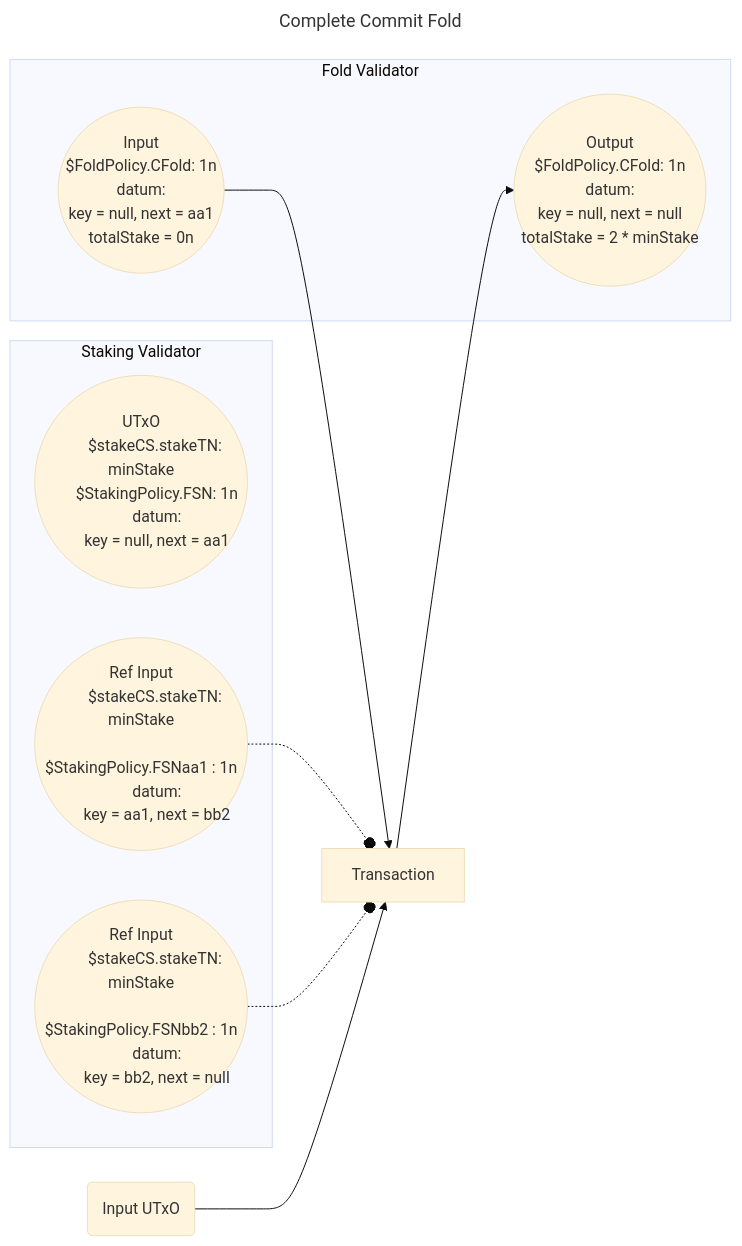
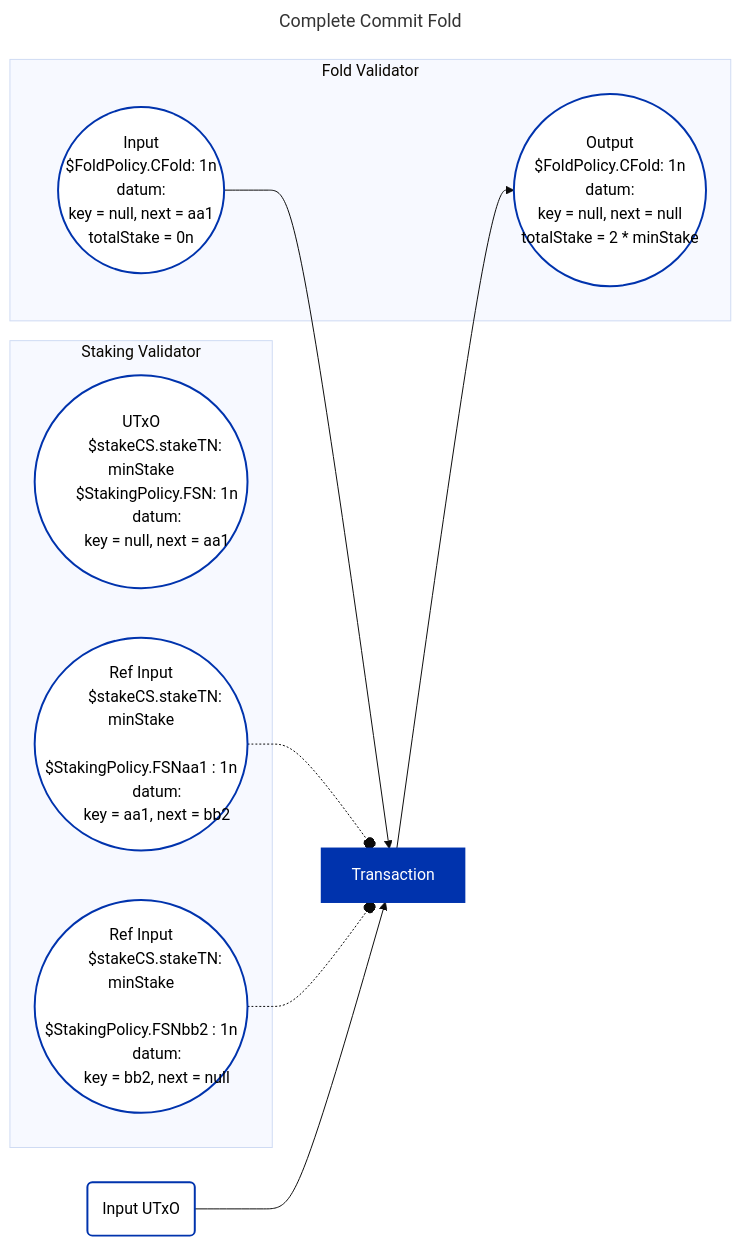
The seventh of 9 diagrams in docs/smart-contracts/smart-contract-languages/plutarch/production-grade-dapps/single-asset-staking.md (cardano-foundation/developer-portal), drawn with Mermaid (base theme) before and after one commit. The commit also changed other lines of this file and 14 other files, not shown here.

Commit message:
cardano unified color scheme for mermaid diagrams

````diff
--- a/docs/smart-contracts/smart-contract-languages/plutarch/production-grade-dapps/single-asset-staking.md
+++ b/docs/smart-contracts/smart-contract-languages/plutarch/production-grade-dapps/single-asset-staking.md
@@ -257,44 +286,52 @@
 ```mermaid
 ---
 title: Complete Commit Fold
 ---
 graph LR
     I1(Input UTxO)
     TX[ Transaction ]
     subgraph Staking Validator
     N1(("UTxO
         $stakeCS.stakeTN: minStake
         $StakingPolicy.FSN: 1n
         datum:
         key = null, next = aa1 "))
     N2(("Ref Input
         $stakeCS.stakeTN: minStake
         $StakingPolicy.FSNaa1 : 1n
         datum:
         key = aa1, next = bb2 "))
     N3(("Ref Input
         $stakeCS.stakeTN: minStake
         $StakingPolicy.FSNbb2 : 1n
         datum:
         key = bb2, next = null "))
     end
     subgraph Fold Validator
     F1(("Input
         $FoldPolicy.CFold: 1n
         datum:
         key = null, next = aa1
         totalStake = 0n
         "))
     F2(("Output
         $FoldPolicy.CFold: 1n
         datum:
         key = null, next = null
         totalStake = 2 * minStake
         "))
     end
     F1 --> TX
     N2 -.-o TX
     N3 -.-o TX
     I1 --> TX
     TX --> F2
+
+    style I1 fill:#FFFFFF,stroke:#0033AD,stroke-width:2px,color:#000000
+    style TX fill:#0033AD,stroke:#0033AD,stroke-width:2px,color:#FFFFFF
+    style N1 fill:#FFFFFF,stroke:#0033AD,stroke-width:2px,color:#000000
+    style N2 fill:#FFFFFF,stroke:#0033AD,stroke-width:2px,color:#000000
+    style N3 fill:#FFFFFF,stroke:#0033AD,stroke-width:2px,color:#000000
+    style F1 fill:#FFFFFF,stroke:#0033AD,stroke-width:2px,color:#000000
+    style F2 fill:#FFFFFF,stroke:#0033AD,stroke-width:2px,color:#000000
 ```
````
